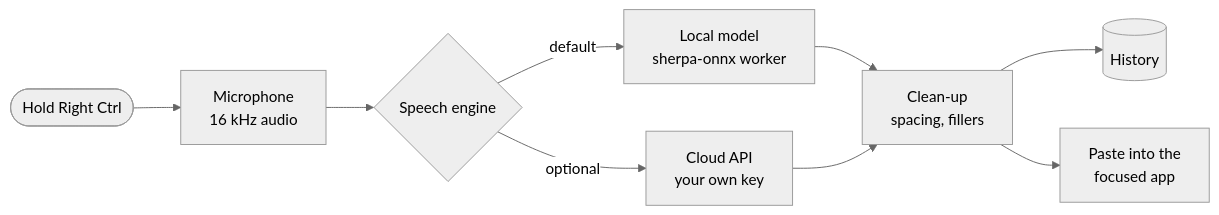
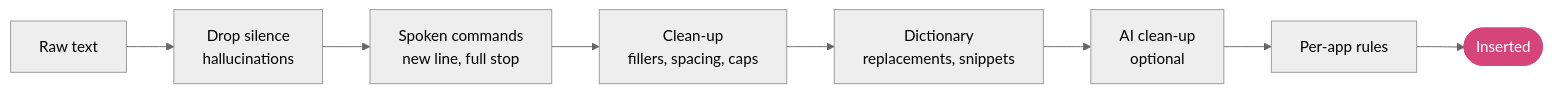
One commit to sakshamm21/Vaani changed the third of 3 diagrams in README.md. Above: the diagram before and after it, drawn with Mermaid (neutral theme). The commit also changed other lines of this file, not shown here.

Commit message:
README: restructure as a project README with architecture, platform support, text pipeline and development sections, and Mermaid diagrams

````diff
--- a/README.md
+++ b/README.md
@@ -60,11 +303,11 @@
 ```mermaid
 flowchart LR
-    K([Hold Right Ctrl]) --> M[Microphone<br/>16 kHz audio]
-    M --> E{Speech engine}
-    E -->|default| L[Local model<br/>sherpa-onnx worker]
-    E -->|optional| C[Cloud API<br/>your own key]
-    L --> T[Clean-up<br/>spacing, fillers]
-    C --> T
-    T --> H[(History)]
-    T --> P[Paste into the<br/>focused app]
+    R[Raw text] --> F[Drop silence<br/>hallucinations]
+    F --> S[Spoken commands<br/>new line, full stop]
+    S --> C[Clean-up<br/>fillers, spacing, caps]
+    C --> D[Dictionary<br/>replacements, snippets]
+    D --> A[AI clean-up<br/>optional]
+    A --> P[Per-app rules] --> O([Inserted])
+    classDef accent fill:#d6457a,stroke:#d6457a,color:#fff
+    class O accent
 ```
````
